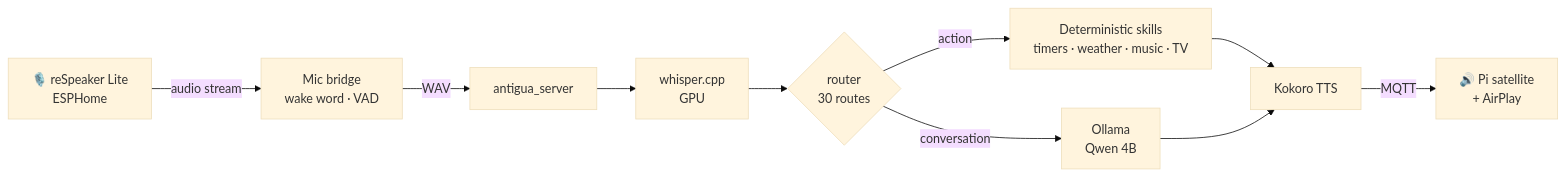
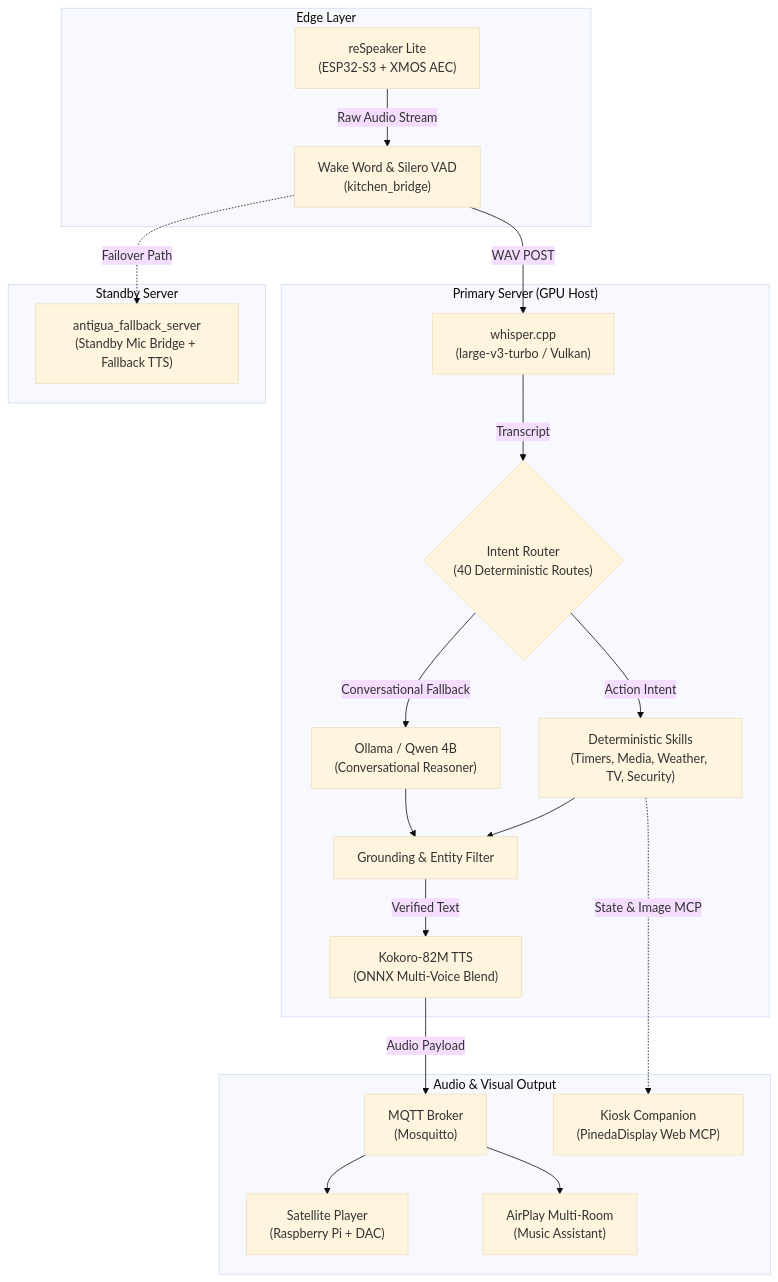
The diagram in README.md (flavanoids/antigua-assistant), drawn with Mermaid (base theme) before and after one commit. The commit also changed other lines of this file and 113 other files, not shown here.

````diff
--- a/README.md
+++ b/README.md
@@ -44,12 +28,42 @@
 ```mermaid
-flowchart LR
-  mic["🎙️ reSpeaker Lite<br/>ESPHome"] -->|audio stream| bridge["Mic bridge<br/>wake word · VAD"]
-  bridge -->|WAV| server["antigua_server"]
-  server --> stt["whisper.cpp<br/>GPU"]
-  stt --> route{"router<br/>30 routes"}
-  route -->|action| skills["Deterministic skills<br/>timers · weather · music · TV"]
-  route -->|conversation| llm["Ollama<br/>Qwen 4B"]
-  skills --> tts["Kokoro TTS"]
-  llm --> tts
-  tts -->|MQTT| sat["🔊 Pi satellite<br/>+ AirPlay"]
+flowchart TD
+    subgraph Edge ["Edge Layer"]
+        MIC["reSpeaker Lite<br/>(ESP32-S3 + XMOS AEC)"]
+        VAD["Wake Word & Silero VAD<br/>(kitchen_bridge)"]
+        MIC -->|Raw Audio Stream| VAD
+    end
+
+    subgraph Primary ["Primary Server (GPU Host)"]
+        STT["whisper.cpp<br/>(large-v3-turbo / Vulkan)"]
+        ROUTER{"Intent Router<br/>(40 Deterministic Routes)"}
+        SKILLS["Deterministic Skills<br/>(Timers, Media, Weather, TV, Security)"]
+        LLM["Ollama / Qwen 4B<br/>(Conversational Reasoner)"]
+        GROUND["Grounding & Entity Filter"]
+        TTS["Kokoro-82M TTS<br/>(ONNX Multi-Voice Blend)"]
+
+        VAD -->|WAV POST| STT
+        STT -->|Transcript| ROUTER
+        ROUTER -->|Action Intent| SKILLS
+        ROUTER -->|Conversational Fallback| LLM
+        SKILLS --> GROUND
+        LLM --> GROUND
+        GROUND -->|Verified Text| TTS
+    end
+
+    subgraph Standby ["Standby Server"]
+        BACKUP["antigua_fallback_server<br/>(Standby Mic Bridge + Fallback TTS)"]
+        VAD -.->|Failover Path| BACKUP
+    end
+
+    subgraph Distribution ["Audio & Visual Output"]
+        MQTT["MQTT Broker<br/>(Mosquitto)"]
+        SAT["Satellite Player<br/>(Raspberry Pi + DAC)"]
+        AIRPLAY["AirPlay Multi-Room<br/>(Music Assistant)"]
+        DISPLAY["Kiosk Companion<br/>(PinedaDisplay Web MCP)"]
+
+        TTS -->|Audio Payload| MQTT
+        MQTT --> SAT
+        MQTT --> AIRPLAY
+        SKILLS -.->|State & Image MCP| DISPLAY
+    end
 ```
````
